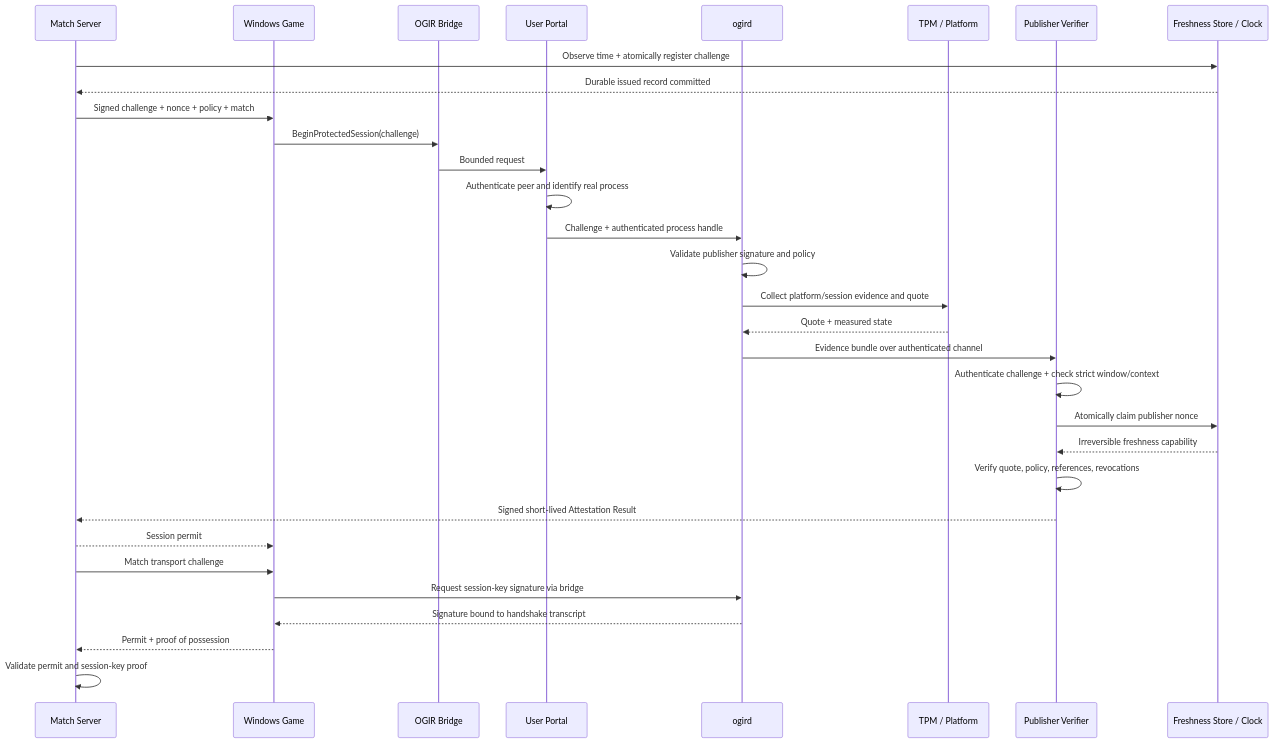
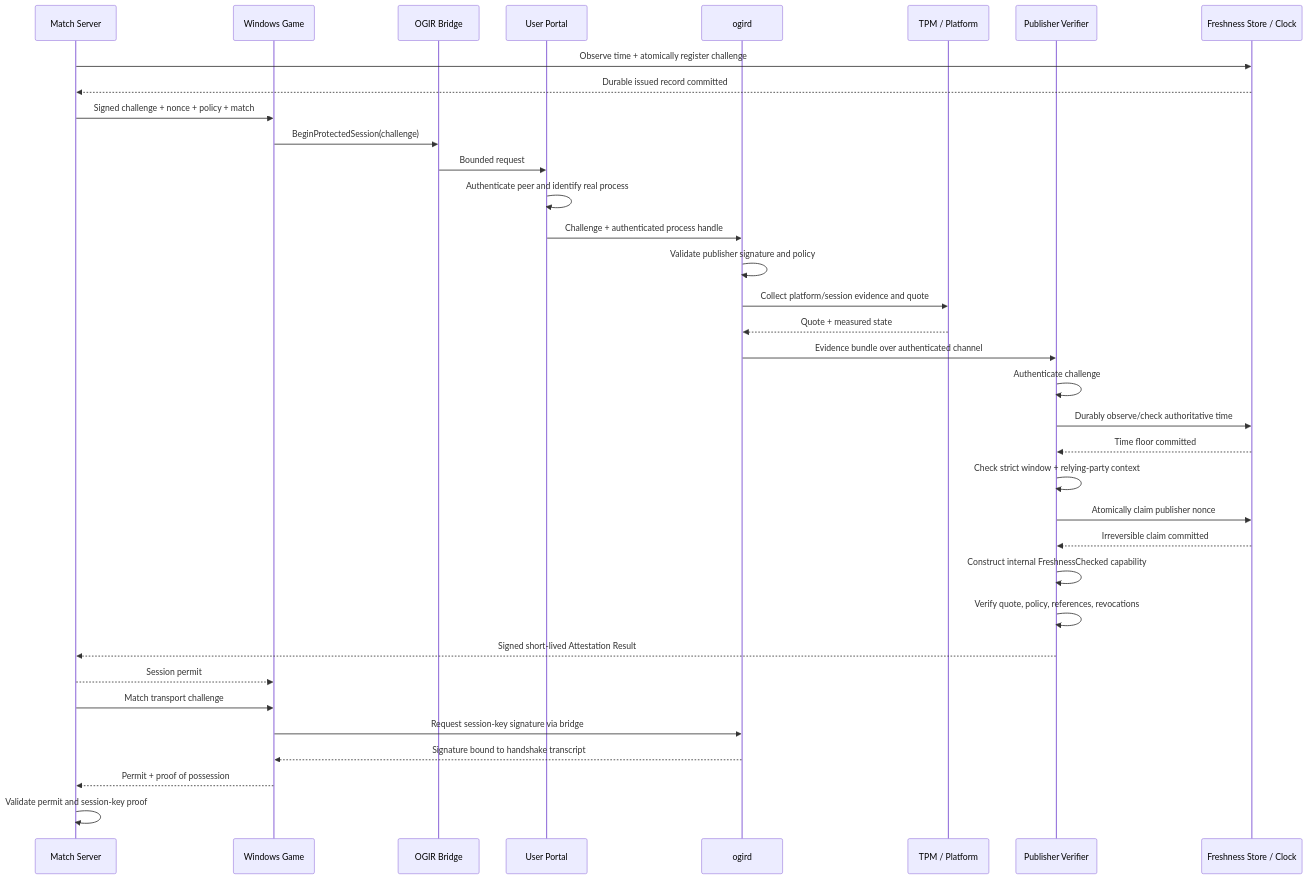
Before and after one commit to archledger/open-game-integrity-runtime: the second of 2 diagrams in docs/ARCHITECTURE.md, drawn with Mermaid. The commit also changed other lines of this file and 11 other files, not shown here.

````diff
--- a/docs/ARCHITECTURE.md
+++ b/docs/ARCHITECTURE.md
@@ -211,34 +212,38 @@
 ```mermaid
 sequenceDiagram
     participant S as Match Server
     participant G as Windows Game
     participant B as OGIR Bridge
     participant P as User Portal
     participant A as ogird
     participant T as TPM / Platform
     participant V as Publisher Verifier
     participant F as Freshness Store / Clock
 
     S->>F: Observe time + atomically register challenge
     F-->>S: Durable issued record committed
     S->>G: Signed challenge + nonce + policy + match
     G->>B: BeginProtectedSession(challenge)
     B->>P: Bounded request
     P->>P: Authenticate peer and identify real process
     P->>A: Challenge + authenticated process handle
     A->>A: Validate publisher signature and policy
     A->>T: Collect platform/session evidence and quote
     T-->>A: Quote + measured state
     A->>V: Evidence bundle over authenticated channel
-    V->>V: Authenticate challenge + check strict window/context
+    V->>V: Authenticate challenge
+    V->>F: Durably observe/check authoritative time
+    F-->>V: Time floor committed
+    V->>V: Check strict window + relying-party context
     V->>F: Atomically claim publisher nonce
-    F-->>V: Irreversible freshness capability
+    F-->>V: Irreversible claim committed
+    V->>V: Construct internal FreshnessChecked capability
     V->>V: Verify quote, policy, references, revocations
     V-->>S: Signed short-lived Attestation Result
     S-->>G: Session permit
     S->>G: Match transport challenge
     G->>A: Request session-key signature via bridge
     A-->>G: Signature bound to handshake transcript
     G-->>S: Permit + proof of possession
     S->>S: Validate permit and session-key proof
 ```
````
